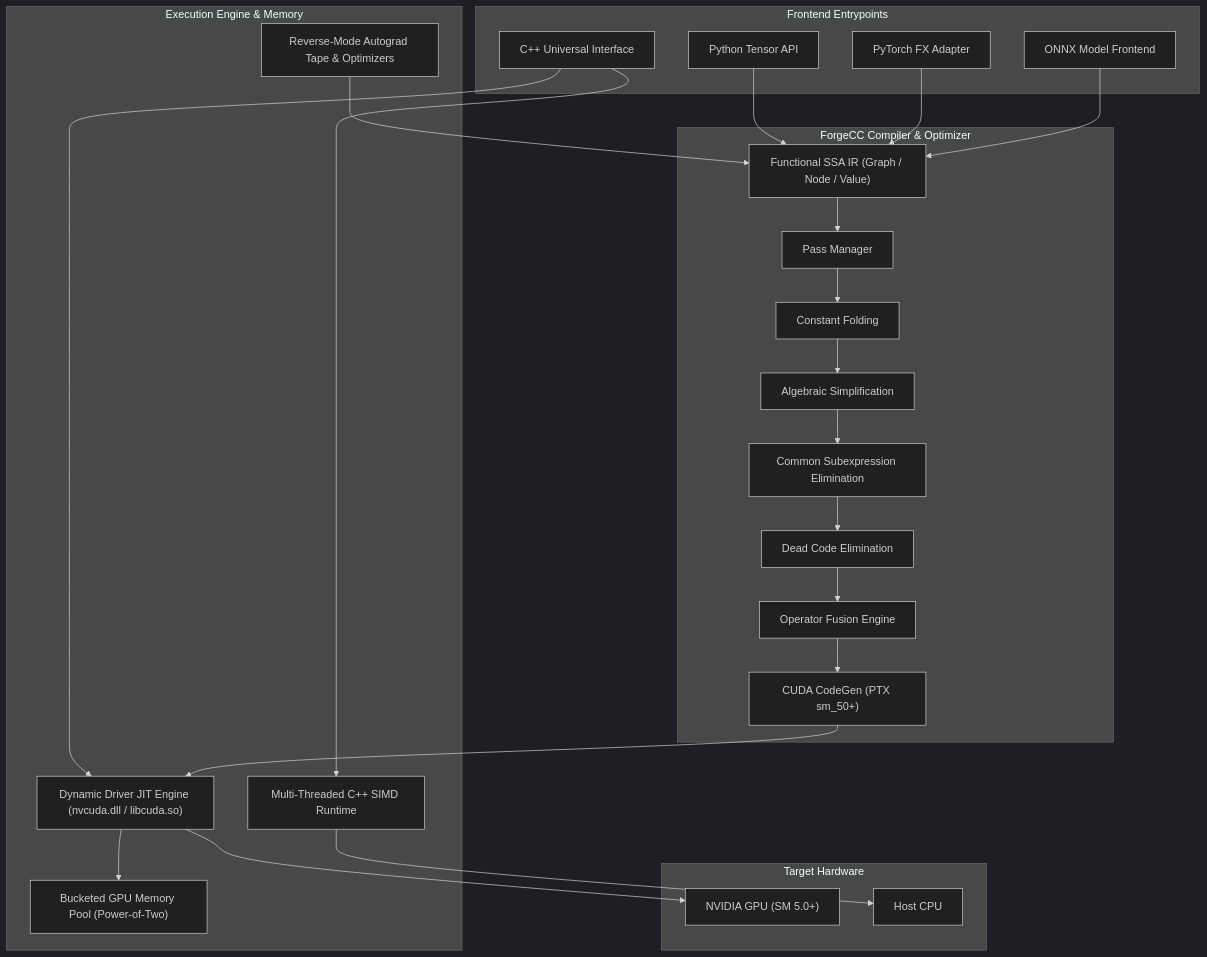
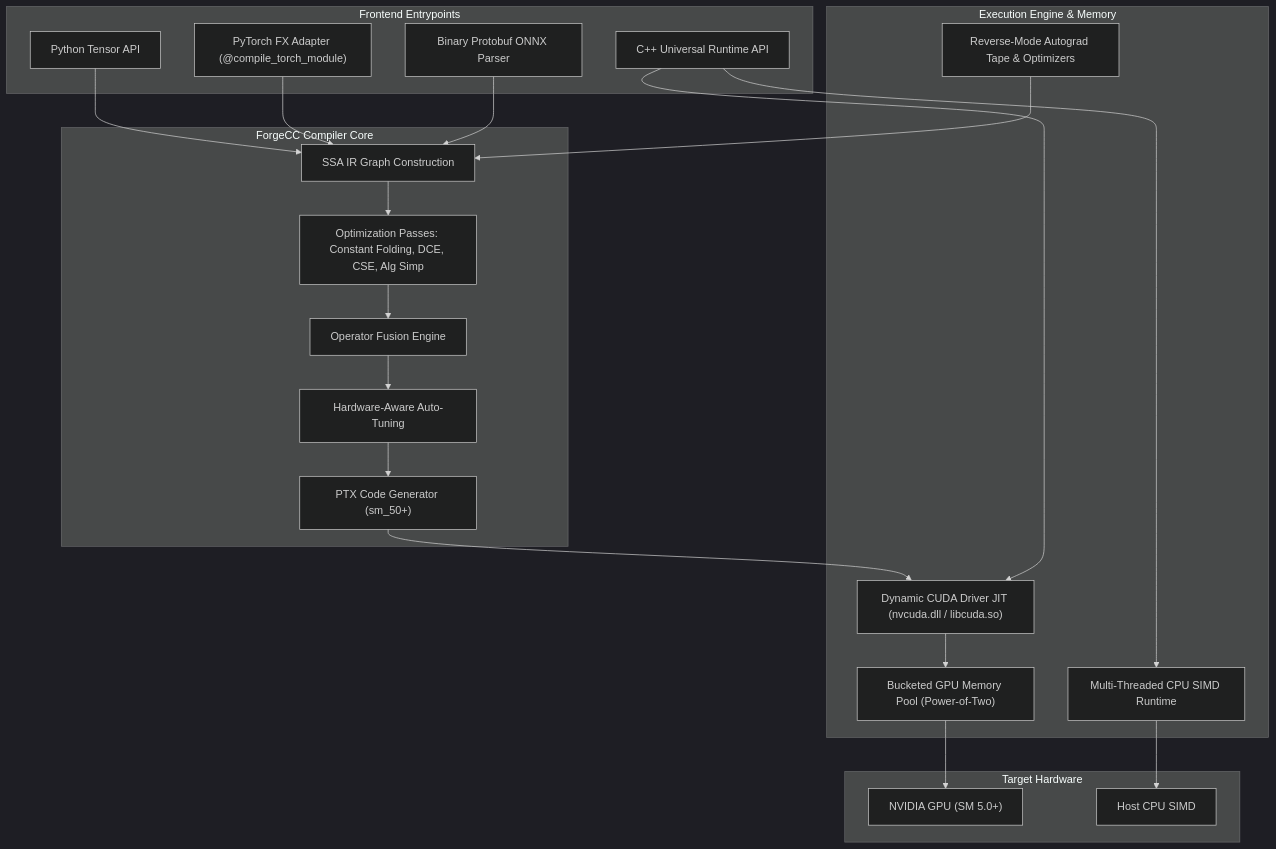
One commit to ansh0014/ForgeCC changed the first of 5 diagrams in docs/developer_guide.md. Above: the diagram before and after it, drawn with Mermaid (dark theme). The commit also changed other lines of this file and 4 other files, not shown here.

Commit message:
Update official documentation and setup.py with detailed Mermaid subsystem diagrams and developer recipes

````diff
--- a/docs/developer_guide.md
+++ b/docs/developer_guide.md
@@ -19,47 +21,40 @@
 ```mermaid
 flowchart TD
     subgraph Frontends["Frontend Entrypoints"]
-        F1["Python Tensor API"]
-        F2["PyTorch FX Adapter"]
-        F3["ONNX Model Frontend"]
-        F4["C++ Universal Interface"]
+        A1["Python Tensor API"]
+        A2["PyTorch FX Adapter (@compile_torch_module)"]
+        A3["Binary Protobuf ONNX Parser"]
+        A4["C++ Universal Runtime API"]
     end
 
-    subgraph Compiler["ForgeCC Compiler & Optimizer"]
-        IR["Functional SSA IR (Graph / Node / Value)"]
-        PM["Pass Manager"]
-        OPT1["Constant Folding"]
-        OPT2["Algebraic Simplification"]
-        OPT3["Common Subexpression Elimination"]
-        OPT4["Dead Code Elimination"]
-        OPT5["Operator Fusion Engine"]
-        CG["CUDA CodeGen (PTX sm_50+)"]
+    subgraph Compiler["ForgeCC Compiler Core"]
+        B1["SSA IR Graph Construction"]
+        B2["Optimization Passes: Constant Folding, DCE, CSE, Alg Simp"]
+        B3["Operator Fusion Engine"]
+        B4["Hardware-Aware Auto-Tuning"]
+        B5["PTX Code Generator (sm_50+)"]
     end
 
-    subgraph Runtime["Execution Engine & Memory"]
-        POOL["Bucketed GPU Memory Pool (Power-of-Two)"]
-        DRIVER["Dynamic Driver JIT Engine (nvcuda.dll / libcuda.so)"]
-        CPU_RT["Multi-Threaded C++ SIMD Runtime"]
-        TAPE["Reverse-Mode Autograd Tape & Optimizers"]
+    subgraph Execution["Execution Engine & Memory"]
+        C1["Bucketed GPU Memory Pool (Power-of-Two)"]
+        C2["Dynamic CUDA Driver JIT (nvcuda.dll / libcuda.so)"]
+        C3["Multi-Threaded CPU SIMD Runtime"]
+        C4["Reverse-Mode Autograd Tape & Optimizers"]
     end
 
     subgraph Hardware["Target Hardware"]
-        GPU["NVIDIA GPU (SM 5.0+)"]
-        CPU["Host CPU"]
+        D1["NVIDIA GPU (SM 5.0+)"]
+        D2["Host CPU SIMD"]
     end
 
-    F1 --> IR
-    F2 --> IR
-    F3 --> IR
-    F4 --> CPU_RT
-    F4 --> DRIVER
-
-    IR --> PM
-    PM --> OPT1 --> OPT2 --> OPT3 --> OPT4 --> OPT5 --> CG
-    CG --> DRIVER
-
-    DRIVER --> POOL
-    DRIVER --> GPU
-    CPU_RT --> CPU
-    TAPE --> IR
+    A1 --> B1
+    A2 --> B1
+    A3 --> B1
+    B1 --> B2 --> B3 --> B4 --> B5
+    B5 --> C2
+    A4 --> C3
+    A4 --> C2
+    C2 --> C1 --> D1
+    C3 --> D2
+    C4 --> B1
 ```
````
